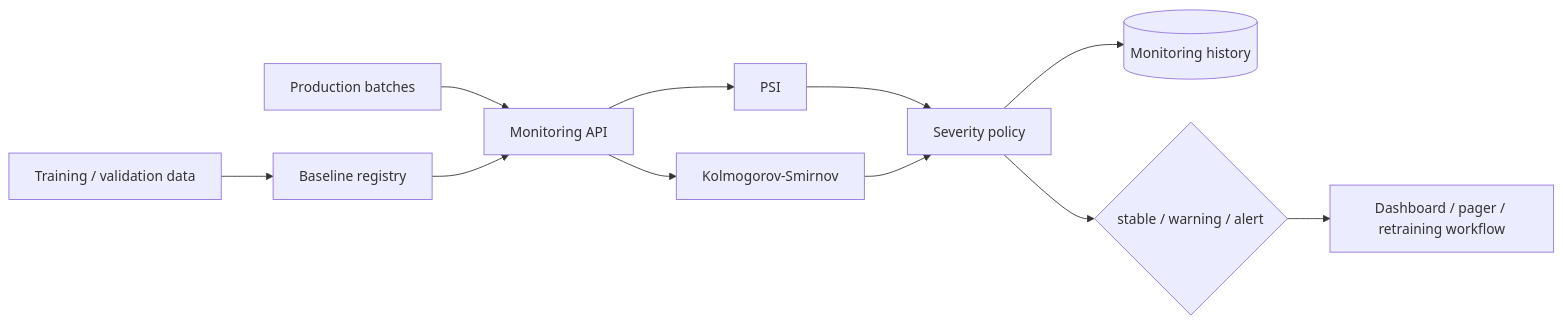
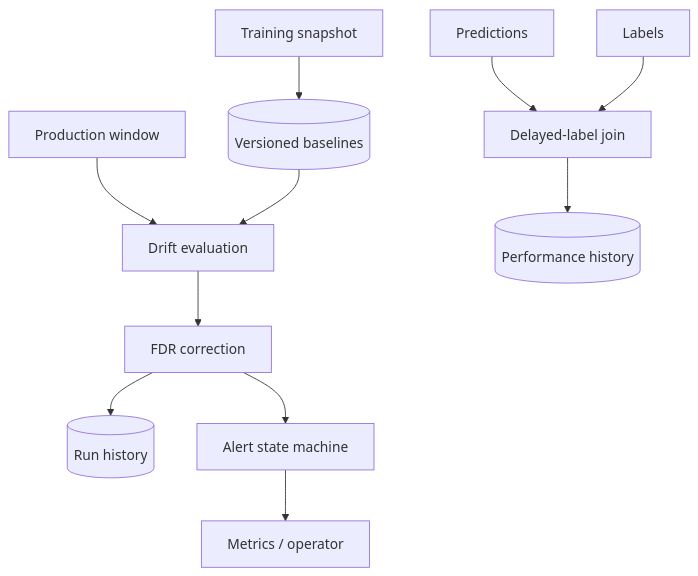
The first of 2 diagrams in README.md (cagataykavas/model-drift-monitoring), drawn with Mermaid before and after one commit. The commit also changed other lines of this file and 17 other files, not shown here.

````diff
--- a/README.md
+++ b/README.md
@@ -7,13 +15,13 @@
 ```mermaid
-flowchart LR
-    TRAIN[Training / validation data] --> BASE[Baseline registry]
-    PROD[Production batches] --> API[Monitoring API]
-    BASE --> API
-    API --> PSI[PSI]
-    API --> KS[Kolmogorov-Smirnov]
-    PSI --> POLICY[Severity policy]
-    KS --> POLICY
-    POLICY --> HIST[(Monitoring history)]
-    POLICY --> ALERT{stable / warning / alert}
-    ALERT --> OBS[Dashboard / pager / retraining workflow]
+flowchart TD
+    T[Training snapshot] --> B[(Versioned baselines)]
+    W[Production window] --> E[Drift evaluation]
+    B --> E
+    E --> F[FDR correction]
+    F --> H[(Run history)]
+    F --> A[Alert state machine]
+    P[Predictions] --> J[Delayed-label join]
+    L[Labels] --> J
+    J --> Q[(Performance history)]
+    A --> M[Metrics / operator]
 ```
````
